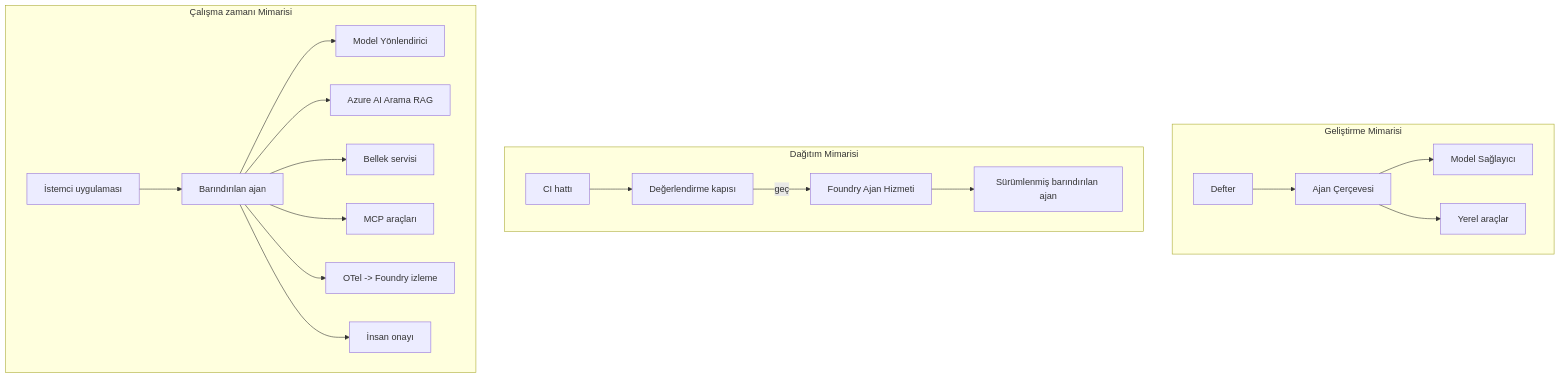
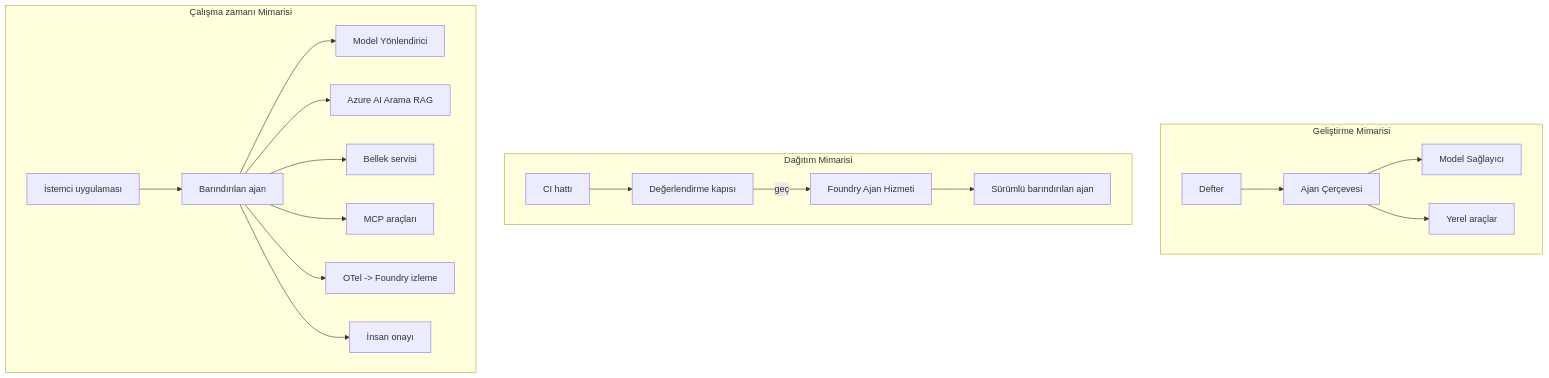
The fourth of 4 diagrams in translations/tr/16-deploying-scalable-agents/README.md (microsoft/ai-agents-for-beginners), drawn with Mermaid before and after one commit. The commit also changed other lines of this file and 47 other files, not shown here.

````diff
--- a/translations/tr/16-deploying-scalable-agents/README.md
+++ b/translations/tr/16-deploying-scalable-agents/README.md
@@ -185,22 +185,22 @@
 ```mermaid
 flowchart TB
     subgraph Dev[Geliştirme Mimarisi]
         D1[Defter] --> D2[Ajan Çerçevesi]
         D2 --> D3[Model Sağlayıcı]
         D2 --> D4[Yerel araçlar]
     end
     subgraph Deploy[Dağıtım Mimarisi]
         E1[CI hattı] --> E2[Değerlendirme kapısı]
         E2 -->|geç| E3[Foundry Ajan Hizmeti]
-        E3 --> E4[Sürümlenmiş barındırılan ajan]
+        E3 --> E4[Sürümlü barındırılan ajan]
     end
     subgraph Run[Çalışma zamanı Mimarisi]
         F1[İstemci uygulaması] --> F2[Barındırılan ajan]
         F2 --> F3[Model Yönlendirici]
         F2 --> F4[Azure AI Arama RAG]
         F2 --> F5[Bellek servisi]
         F2 --> F6[MCP araçları]
         F2 --> F7[OTel -> Foundry izleme]
         F2 --> F8[İnsan onayı]
     end
 ```
````
